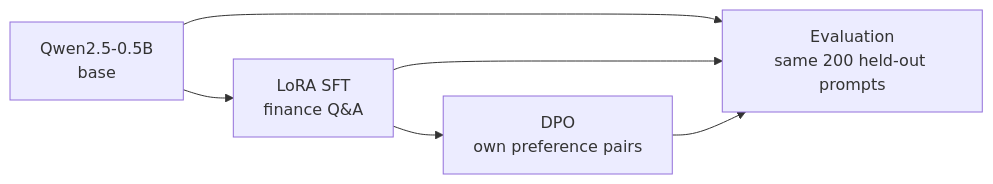
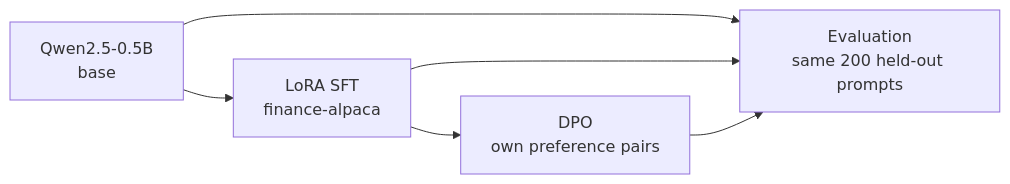
The diagram in README.md (graylayer-labs/llm-post-training-lab), drawn with Mermaid before and after one commit. The commit also changed other lines of this file and 9 other files, not shown here.

````diff
--- a/README.md
+++ b/README.md
@@ -57,8 +61,8 @@
 ```mermaid
 flowchart LR
-    A["Qwen2.5-0.5B<br/>base"] --> B["LoRA SFT<br/>finance Q&A"]
+    A["Qwen2.5-0.5B<br/>base"] --> B["LoRA SFT<br/>finance-alpaca"]
     B --> C["DPO<br/>own preference pairs"]
     A --> D["Evaluation<br/>same 200 held-out prompts"]
     B --> D
     C --> D
 ```
````
